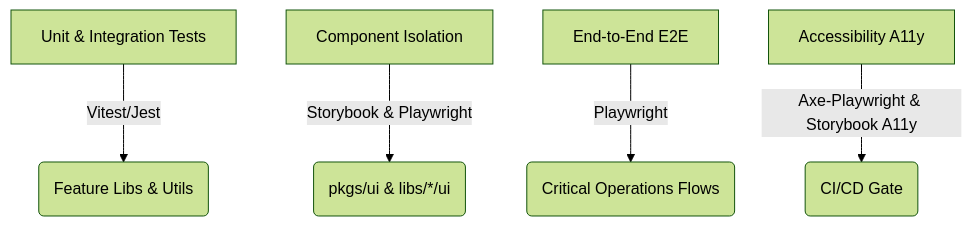
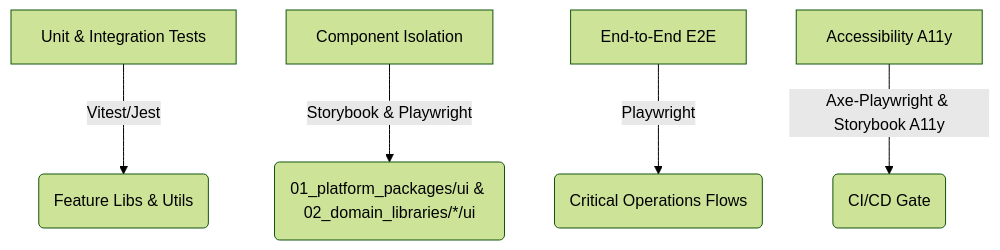
The diagram in docs/reports/continuous_improvement_operational_excellence.md (Timothy191/Arch-System), drawn with Mermaid (forest theme) before and after one commit. The commit also changed other lines of this file and 1488 other files, not shown here.

````diff
--- a/docs/reports/continuous_improvement_operational_excellence.md
+++ b/docs/reports/continuous_improvement_operational_excellence.md
@@ -13,7 +13,7 @@
 ```mermaid
 graph TD
     A[Unit & Integration Tests] -->|Vitest/Jest| B(Feature Libs & Utils)
-    C[Component Isolation] -->|Storybook & Playwright| D(pkgs/ui & libs/*/ui)
+    C[Component Isolation] -->|Storybook & Playwright| D(01_platform_packages/ui & 02_domain_libraries/*/ui)
     E[End-to-End E2E] -->|Playwright| F(Critical Operations Flows)
     G[Accessibility A11y] -->|Axe-Playwright & Storybook A11y| H(CI/CD Gate)
 ```
````
